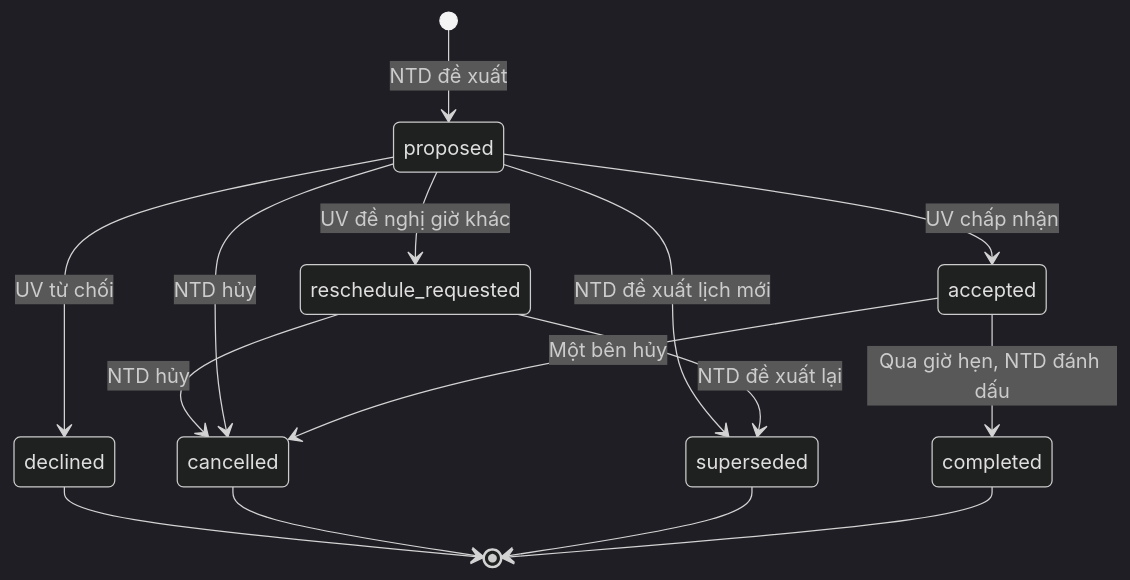
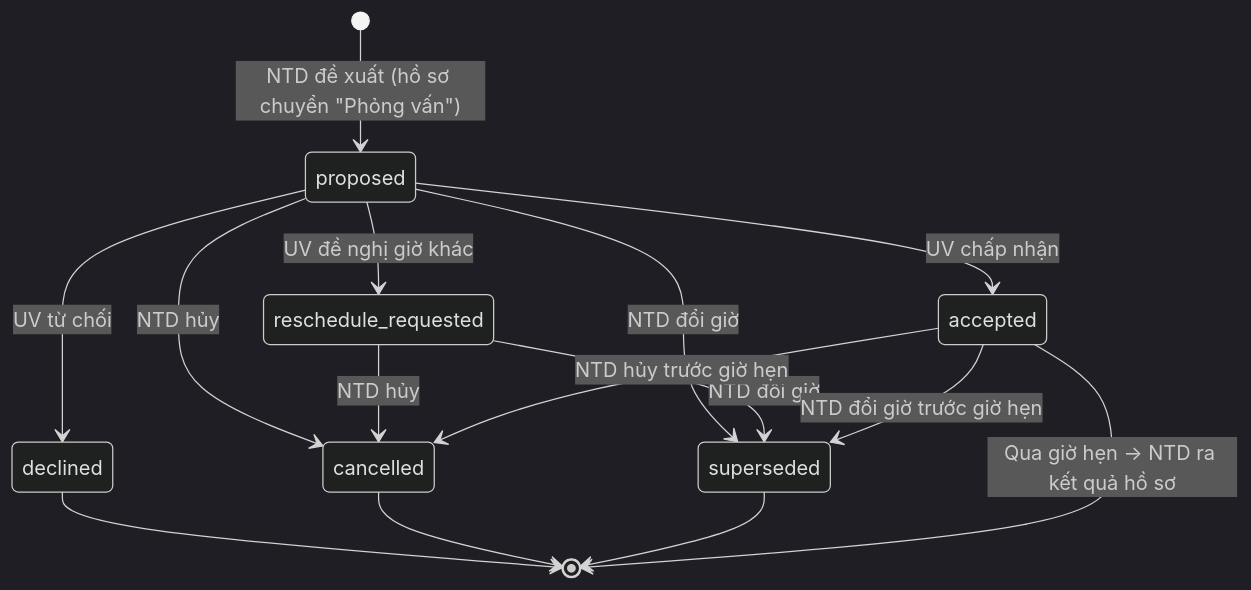
The second of 3 diagrams in docs/01-phan-tich/dac-ta-procv-connect.md (VanhauDAU/ai-recruitment-platform), drawn with Mermaid (dark theme) before and after one commit. The commit also changed other lines of this file and 45 other files, not shown here.

First line of the commit message:
feat(connect): lịch phỏng vấn gắn trạng thái hồ sơ, đổi giờ, ra kết quả sau buổi hẹn

````diff
--- a/docs/01-phan-tich/dac-ta-procv-connect.md
+++ b/docs/01-phan-tich/dac-ta-procv-connect.md
@@ -104,17 +104,17 @@
 ```mermaid
 stateDiagram-v2
-    [*] --> proposed: NTD đề xuất
+    [*] --> proposed: NTD đề xuất (hồ sơ chuyển "Phỏng vấn")
     proposed --> accepted: UV chấp nhận
     proposed --> declined: UV từ chối
     proposed --> reschedule_requested: UV đề nghị giờ khác
-    proposed --> superseded: NTD đề xuất lịch mới
-    reschedule_requested --> superseded: NTD đề xuất lại
+    proposed --> superseded: NTD đổi giờ
+    reschedule_requested --> superseded: NTD đổi giờ
+    accepted --> superseded: NTD đổi giờ trước giờ hẹn
+    proposed --> cancelled: NTD hủy
     reschedule_requested --> cancelled: NTD hủy
-    proposed --> cancelled: NTD hủy
-    accepted --> cancelled: Một bên hủy
-    accepted --> completed: Qua giờ hẹn, NTD đánh dấu
+    accepted --> cancelled: NTD hủy trước giờ hẹn
     declined --> [*]
     cancelled --> [*]
     superseded --> [*]
-    completed --> [*]
+    accepted --> [*]: Qua giờ hẹn → NTD ra kết quả hồ sơ
 ```
````
